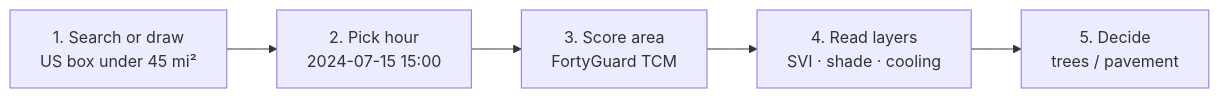
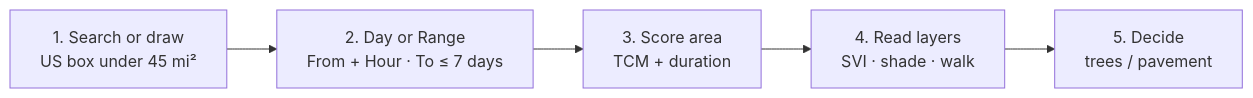
One commit to Galabavamsi/heatcast changed the second of 4 diagrams in README.md. Above: the diagram before and after it, drawn with Mermaid. The commit also changed other lines of this file and 1 other file, not shown here.

Commit message:
Update README and HANDOVER so clone-and-run docs match the shipped Day|Range site, ΔT tiles, and walk.

````diff
--- a/README.md
+++ b/README.md
@@ -90,7 +93,7 @@
 ```mermaid
 flowchart LR
-  A["1. Search or draw<br/>US box under 45 mi²"] --> B["2. Pick hour<br/>2024-07-15 15:00"]
-  B --> C["3. Score area<br/>FortyGuard TCM"]
-  C --> D["4. Read layers<br/>SVI · shade · cooling"]
+  A["1. Search or draw<br/>US box under 45 mi²"] --> B["2. Day or Range<br/>From + Hour · To ≤ 7 days"]
+  B --> C["3. Score area<br/>TCM + duration"]
+  C --> D["4. Read layers<br/>SVI · shade · walk"]
   D --> E["5. Decide<br/>trees / pavement"]
 ```
````
